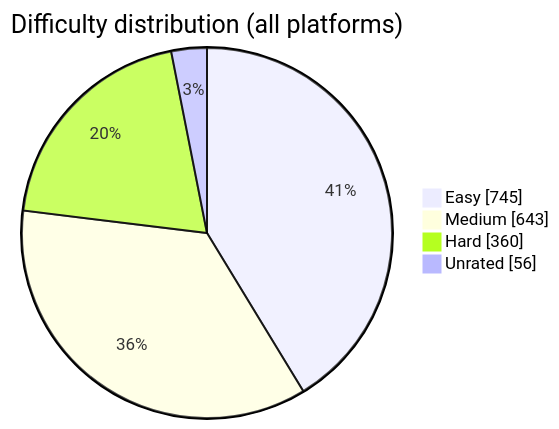
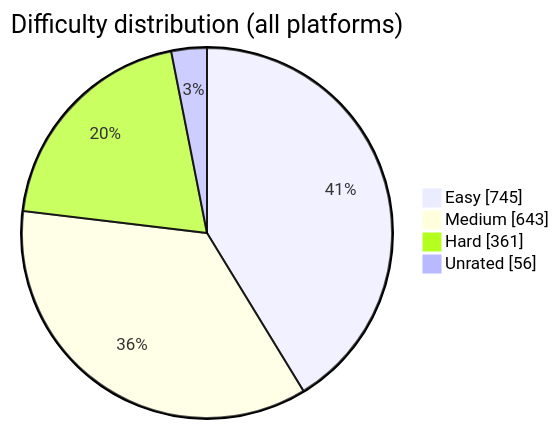
The diagram in README.md (BuildbyArindam/Daily-Coding-Log), drawn with Mermaid before and after one commit. The commit also changed other lines of this file, not shown here.

````diff
--- a/README.md
+++ b/README.md
@@ -108,7 +108,7 @@
 ```mermaid
 pie showData title Difficulty distribution (all platforms)
     "Easy" : 745
     "Medium" : 643
-    "Hard" : 360
+    "Hard" : 361
     "Unrated" : 56
 ```
````
